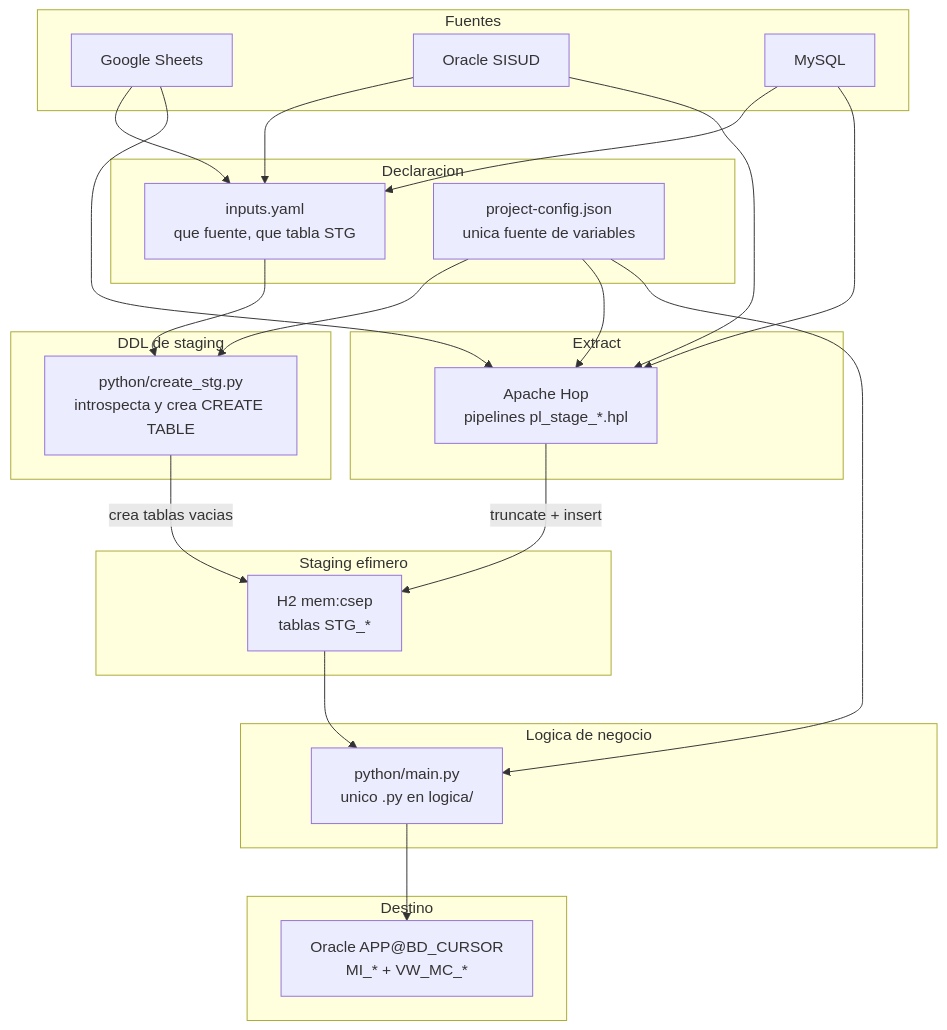
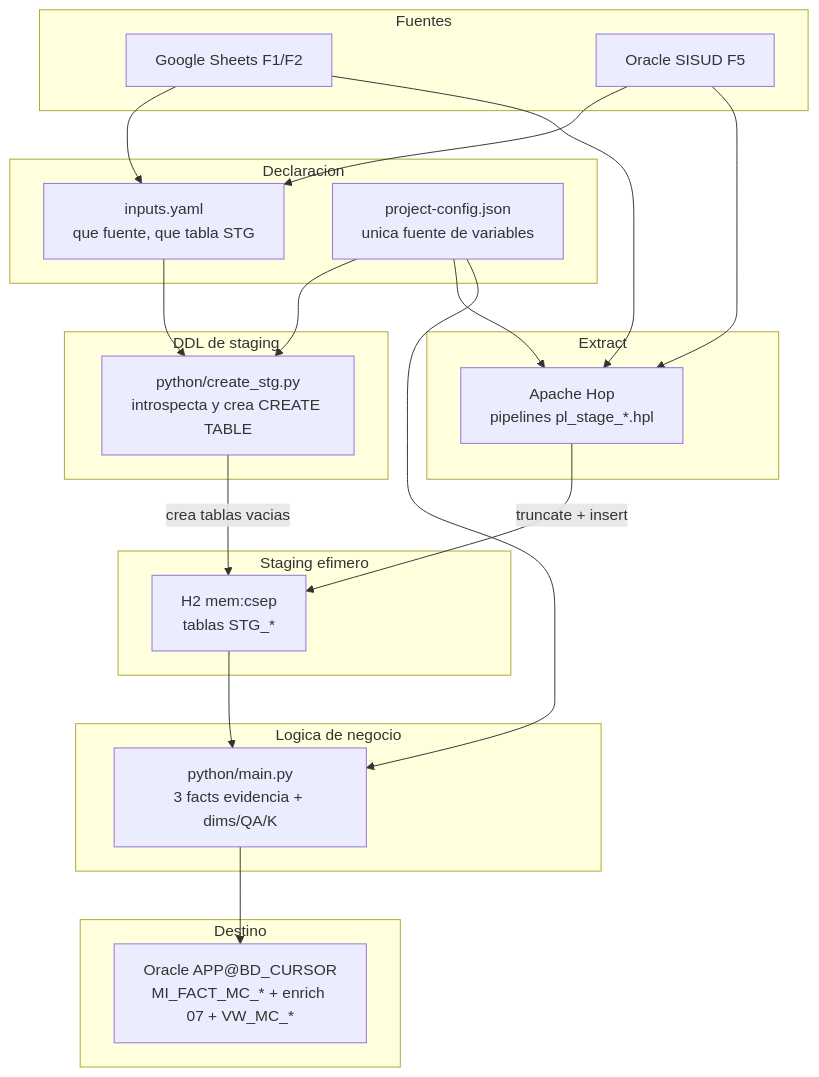
Before and after one commit to nwodevops/multa_informes_etl: the first of 4 diagrams in docs/arquitectura.md, drawn with Mermaid. The commit also changed 46 other files, not shown here.

````diff
--- a/docs/arquitectura.md
+++ b/docs/arquitectura.md
@@ -16,48 +16,45 @@
 ```mermaid
 flowchart TB
   subgraph fuentes [Fuentes]
-    GS["Google Sheets"]
-    ORA["Oracle SISUD"]
-    MY["MySQL"]
+    GS["Google Sheets F1/F2"]
+    ORA["Oracle SISUD F5"]
   end
 
   subgraph declaracion [Declaracion]
     YAML["inputs.yaml<br/>que fuente, que tabla STG"]
     PCFG["project-config.json<br/>unica fuente de variables"]
   end
 
   subgraph ddl [DDL de staging]
     PY["python/create_stg.py<br/>introspecta y crea CREATE TABLE"]
   end
 
   subgraph extract [Extract]
     HOP["Apache Hop<br/>pipelines pl_stage_*.hpl"]
   end
 
   subgraph staging [Staging efimero]
     H2["H2 mem:csep<br/>tablas STG_*"]
   end
 
   subgraph logica [Logica de negocio]
-    PYL["python/main.py<br/>unico .py en logica/"]
+    PYL["python/main.py<br/>3 facts evidencia + dims/QA/K"]
   end
 
   subgraph destino [Destino]
-    OUT["Oracle APP@BD_CURSOR<br/>MI_* + VW_MC_*"]
+    OUT["Oracle APP@BD_CURSOR<br/>MI_FACT_MC_* + enrich 07 + VW_MC_*"]
   end
 
   GS --> YAML
   ORA --> YAML
-  MY --> YAML
   YAML --> PY
   PCFG --> PY
   PY -->|"crea tablas vacias"| H2
   GS --> HOP
   ORA --> HOP
-  MY --> HOP
   PCFG --> HOP
   HOP -->|"truncate + insert"| H2
   H2 --> PYL
   PCFG --> PYL
   PYL --> OUT
 ```
````
